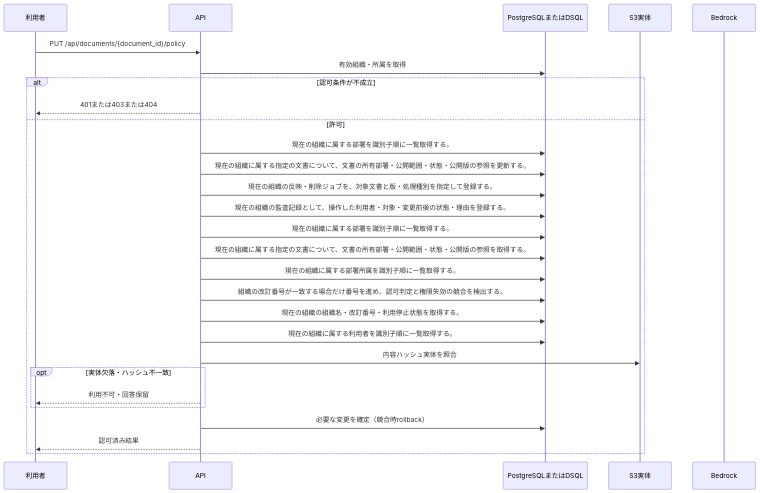
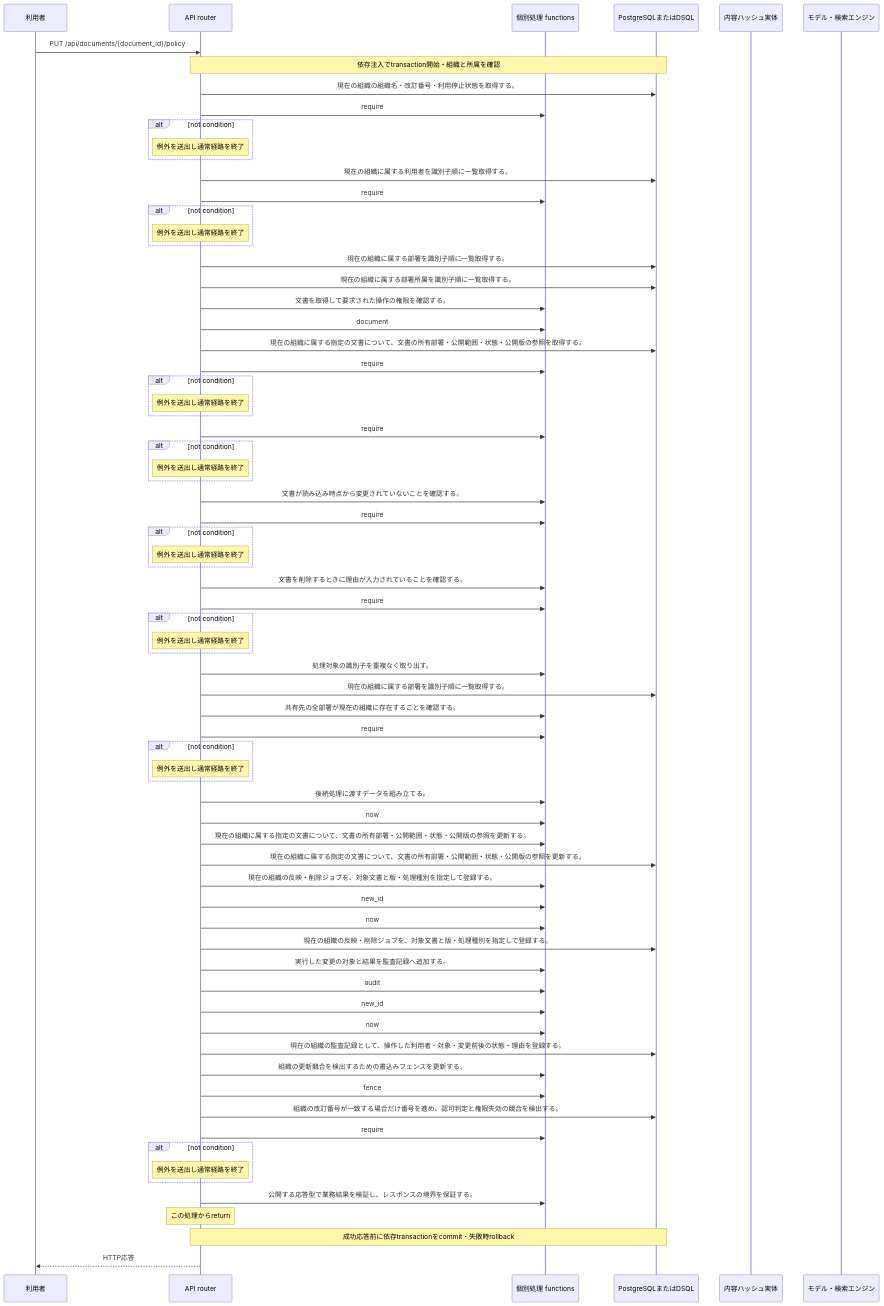
The diagram in docs/design/generated/api/documents/change_policy/sequence.md (tsuji-tomonori/KotoRelay), drawn with Mermaid before and after one commit. The commit also changed other lines of this file and 424 other files, not shown here.

````diff
--- a/docs/design/generated/api/documents/change_policy/sequence.md
+++ b/docs/design/generated/api/documents/change_policy/sequence.md
@@ -7,30 +7,75 @@
 ```mermaid
 sequenceDiagram
     participant U as 利用者
-    participant A as API
+    participant A as API router
+    participant F as 個別処理 functions
     participant D as PostgreSQLまたはDSQL
-    participant S as S3実体
-    participant M as Bedrock
+    participant S as 内容ハッシュ実体
+    participant M as モデル・検索エンジン
     U->>A: PUT /api/documents/{document_id}/policy
-    A->>D: 有効組織・所属を取得
-    alt 認可条件が不成立
-        A-->>U: 401または403または404
-    else 許可
-        A->>D: 現在の組織に属する部署を識別子順に一覧取得する。
-        A->>D: 現在の組織に属する指定の文書について、文書の所有部署・公開範囲・状態・公開版の参照を更新する。
-        A->>D: 現在の組織の反映・削除ジョブを、対象文書と版・処理種別を指定して登録する。
-        A->>D: 現在の組織の監査記録として、操作した利用者・対象・変更前後の状態・理由を登録する。
-        A->>D: 現在の組織に属する部署を識別子順に一覧取得する。
-        A->>D: 現在の組織に属する指定の文書について、文書の所有部署・公開範囲・状態・公開版の参照を取得する。
-        A->>D: 現在の組織に属する部署所属を識別子順に一覧取得する。
-        A->>D: 組織の改訂番号が一致する場合だけ番号を進め、認可判定と権限失効の競合を検出する。
-        A->>D: 現在の組織の組織名・改訂番号・利用停止状態を取得する。
-        A->>D: 現在の組織に属する利用者を識別子順に一覧取得する。
-        A->>S: 内容ハッシュ実体を照合
-        opt 実体欠落・ハッシュ不一致
-            A-->>U: 利用不可・回答保留
-        end
-        A->>D: 必要な変更を確定（競合時rollback）
-        A-->>U: 認可済み結果
+    Note over A,D: 依存注入でtransaction開始・組織と所属を確認
+    A->>D: 現在の組織の組織名・改訂番号・利用停止状態を取得する。
+    A->>F: require
+    alt not condition
+    Note over A: 例外を送出し通常経路を終了
     end
+    A->>D: 現在の組織に属する利用者を識別子順に一覧取得する。
+    A->>F: require
+    alt not condition
+    Note over A: 例外を送出し通常経路を終了
+    end
+    A->>D: 現在の組織に属する部署を識別子順に一覧取得する。
+    A->>D: 現在の組織に属する部署所属を識別子順に一覧取得する。
+    A->>F: 文書を取得して要求された操作の権限を確認する。
+    A->>F: document
+    A->>D: 現在の組織に属する指定の文書について、文書の所有部署・公開範囲・状態・公開版の参照を取得する。
+    A->>F: require
+    alt not condition
+    Note over A: 例外を送出し通常経路を終了
+    end
+    A->>F: require
+    alt not condition
+    Note over A: 例外を送出し通常経路を終了
+    end
+    A->>F: 文書が読み込み時点から変更されていないことを確認する。
+    A->>F: require
+    alt not condition
+    Note over A: 例外を送出し通常経路を終了
+    end
+    A->>F: 文書を削除するときに理由が入力されていることを確認する。
+    A->>F: require
+    alt not condition
+    Note over A: 例外を送出し通常経路を終了
+    end
+    A->>F: 処理対象の識別子を重複なく取り出す。
+    A->>D: 現在の組織に属する部署を識別子順に一覧取得する。
+    A->>F: 共有先の全部署が現在の組織に存在することを確認する。
+    A->>F: require
+    alt not condition
+    Note over A: 例外を送出し通常経路を終了
+    end
+    A->>F: 後続処理に渡すデータを組み立てる。
+    A->>F: now
+    A->>F: 現在の組織に属する指定の文書について、文書の所有部署・公開範囲・状態・公開版の参照を更新する。
+    A->>D: 現在の組織に属する指定の文書について、文書の所有部署・公開範囲・状態・公開版の参照を更新する。
+    A->>F: 現在の組織の反映・削除ジョブを、対象文書と版・処理種別を指定して登録する。
+    A->>F: new_id
+    A->>F: now
+    A->>D: 現在の組織の反映・削除ジョブを、対象文書と版・処理種別を指定して登録する。
+    A->>F: 実行した変更の対象と結果を監査記録へ追加する。
+    A->>F: audit
+    A->>F: new_id
+    A->>F: now
+    A->>D: 現在の組織の監査記録として、操作した利用者・対象・変更前後の状態・理由を登録する。
+    A->>F: 組織の更新競合を検出するための書込みフェンスを更新する。
+    A->>F: fence
+    A->>D: 組織の改訂番号が一致する場合だけ番号を進め、認可判定と権限失効の競合を検出する。
+    A->>F: require
+    alt not condition
+    Note over A: 例外を送出し通常経路を終了
+    end
+    A->>F: 公開する応答型で業務結果を検証し、レスポンスの境界を保証する。
+    Note over A: この処理からreturn
+    Note over A,D: 成功応答前に依存transactionをcommit・失敗時rollback
+    A-->>U: HTTP応答
 ```
````
